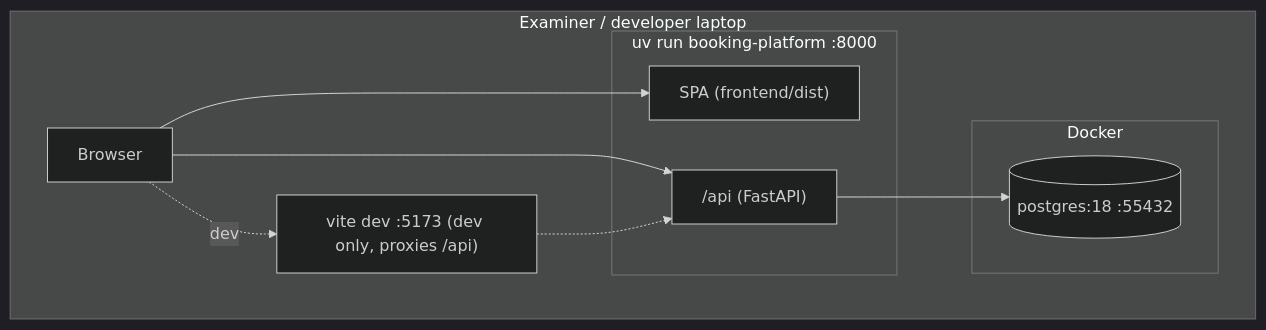
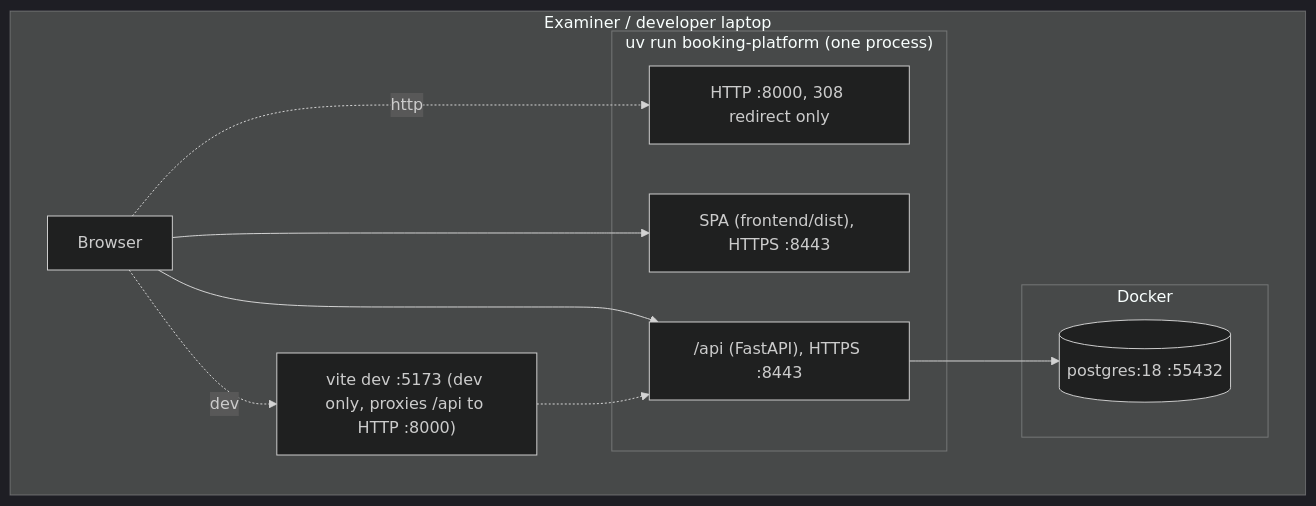
One commit to IBE160-2026/G78-larsen changed the second of 3 diagrams in .docs/planning-artifacts/architecture/architecture-booking-platform-2026-11-03/ARCHITECTURE-SPINE.md. Above: the diagram before and after it, drawn with Mermaid (dark theme). The commit also changed other lines of this file and 5 other files, not shown here.

````diff
--- a/.docs/planning-artifacts/architecture/architecture-booking-platform-2026-11-03/ARCHITECTURE-SPINE.md
+++ b/.docs/planning-artifacts/architecture/architecture-booking-platform-2026-11-03/ARCHITECTURE-SPINE.md
@@ -369,19 +467,21 @@
 ```mermaid
 flowchart TB
   subgraph Laptop["Examiner / developer laptop"]
     B[Browser]
-    subgraph Py["uv run booking-platform :8000"]
-      STATIC["SPA (frontend/dist)"]
-      APIS["/api (FastAPI)"]
+    subgraph Py["uv run booking-platform (one process)"]
+      REDIR["HTTP :8000, 308 redirect only"]
+      STATIC["SPA (frontend/dist), HTTPS :8443"]
+      APIS["/api (FastAPI), HTTPS :8443"]
     end
     subgraph Dk["Docker"]
       PG[("postgres:18 :55432")]
     end
-    V["vite dev :5173 (dev only, proxies /api)"]
+    V["vite dev :5173 (dev only, proxies /api to HTTP :8000)"]
   end
+  B -.->|http| REDIR
   B --> STATIC
   B --> APIS
   B -.->|dev| V
   V -.-> APIS
   APIS --> PG
 ```
````
